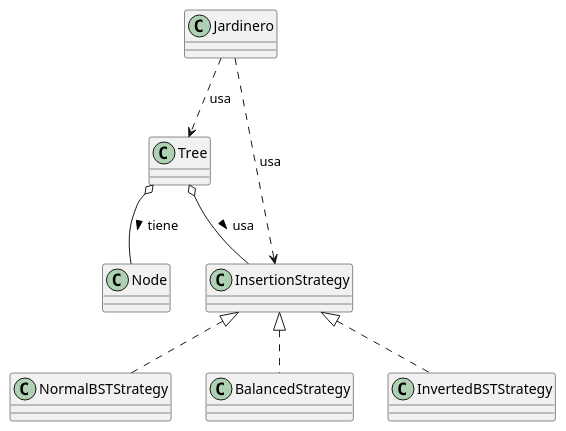
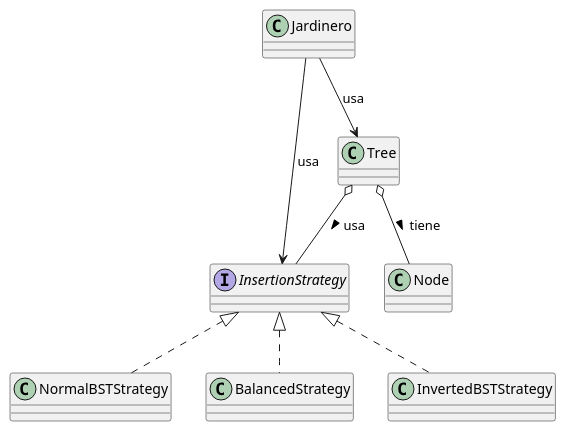
The diagram in modelosUML/DdC-EstrategiasComoInterfaces.puml (mmasias/24-25-EDA1), drawn with PlantUML before and after one commit. The commit also changed 7 other files, not shown here.

Commit message:
Ajustes en diagramas, para mejorar la claridad

```diff
--- a/modelosUML/DdC-EstrategiasComoInterfaces.puml
+++ b/modelosUML/DdC-EstrategiasComoInterfaces.puml
@@ -1,13 +1,15 @@
 @startuml
+
+interface InsertionStrategy
 
 Tree o-- Node : tiene >
 Tree o-- InsertionStrategy : usa >
 
 InsertionStrategy <|.. NormalBSTStrategy
 InsertionStrategy <|.. BalancedStrategy
 InsertionStrategy <|.. InvertedBSTStrategy
 
-Jardinero ..> Tree : usa
-Jardinero ..> InsertionStrategy : usa
+Jardinero --> Tree : usa
+Jardinero --> InsertionStrategy : usa
 
 @enduml
```
